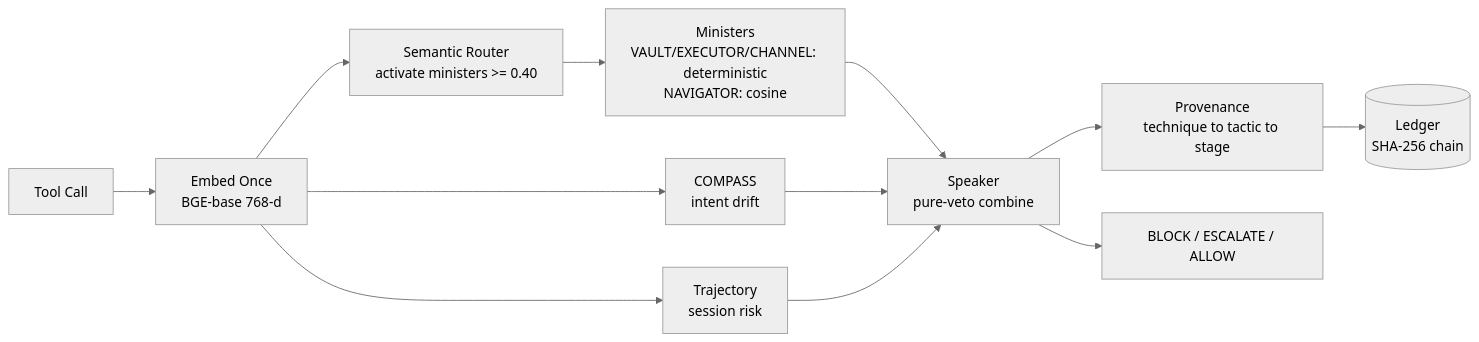
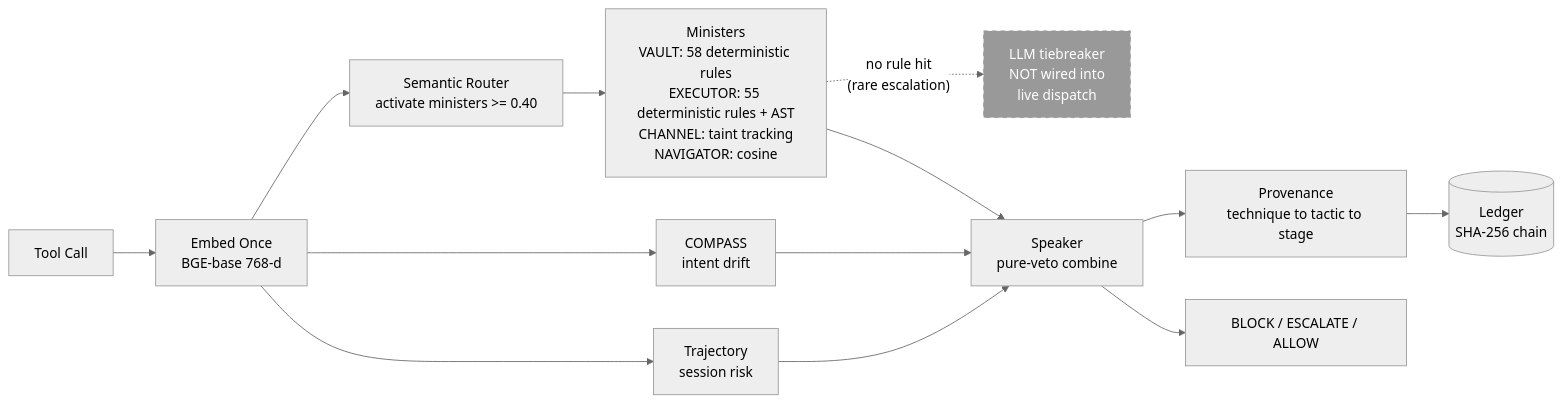
The third of 7 diagrams in README.md (Ishani018/Kavach), drawn with Mermaid (neutral theme) before and after one commit. The commit also changed other lines of this file, not shown here.

````diff
--- a/README.md
+++ b/README.md
@@ -118,14 +160,18 @@
 ```mermaid
 flowchart LR
   A["Tool Call"] --> B["Embed Once<br/>BGE-base 768-d"]
   B --> R["Semantic Router<br/>activate ministers >= 0.40"]
-  R --> M["Ministers<br/>VAULT/EXECUTOR/CHANNEL: deterministic<br/>NAVIGATOR: cosine"]
+  R --> M["Ministers<br/>VAULT: 58 deterministic rules<br/>EXECUTOR: 55 deterministic rules + AST<br/>CHANNEL: taint tracking<br/>NAVIGATOR: cosine"]
+  M -.->|"no rule hit<br/>(rare escalation)"| TB["LLM tiebreaker<br/>NOT wired into<br/>live dispatch"]
   B --> CO["COMPASS<br/>intent drift"]
   B --> T["Trajectory<br/>session risk"]
   M --> S["Speaker<br/>pure-veto combine"]
   CO --> S
   T --> S
   S --> P["Provenance<br/>technique to tactic to stage"]
   P --> L[("Ledger<br/>SHA-256 chain")]
   S --> V["BLOCK / ESCALATE / ALLOW"]
+
+  classDef notwired stroke-dasharray: 5 5,fill:#999,color:#fff
+  class TB notwired
 ```
````
